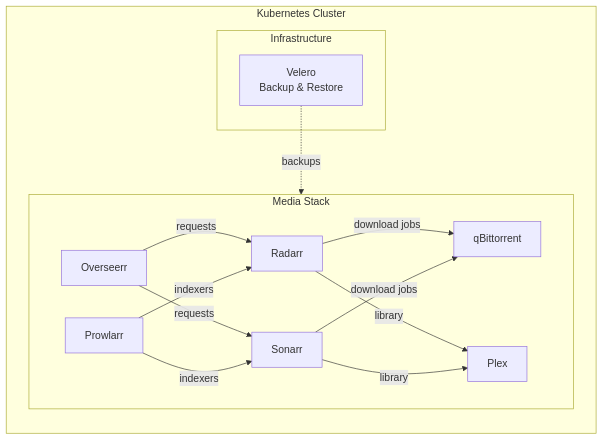
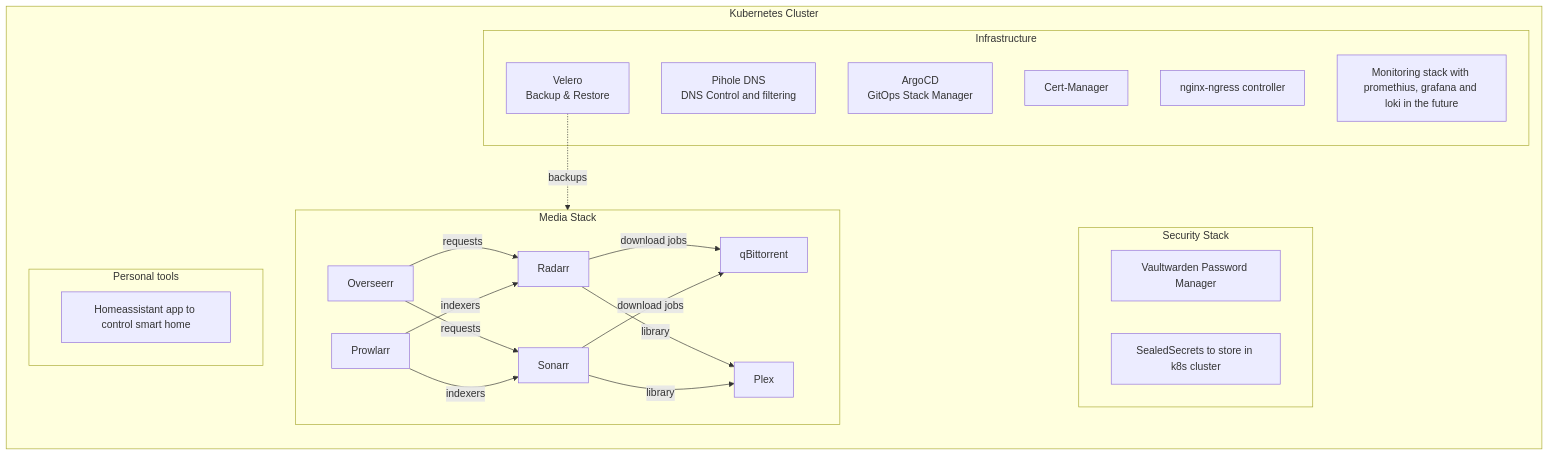
Before and after one commit to Araneus84/homelab-k3s-stack: the diagram in README.md, drawn with Mermaid.

Commit message:
added chart items

````diff
--- a/README.md
+++ b/README.md
@@ -16,25 +16,37 @@
 ```mermaid
 flowchart LR
     subgraph cluster["Kubernetes Cluster"]
         subgraph infra["Infrastructure"]
             velero["Velero\nBackup & Restore"]
+            pihole-dns["Pihole DNS\nDNS Control and filtering"]
+            argocd["ArgoCD\nGitOps Stack Manager"]
+            cert-manager["Cert-Manager"]
+            nginx-ingress["nginx-ngress controller"]
+            monitoring["Monitoring stack with promethius, grafana and loki in the future"]
         end
         subgraph media["Media Stack"]
             overseerr["Overseerr"]
             prowlarr["Prowlarr"]
             radarr["Radarr"]
             sonarr["Sonarr"]
             qbit["qBittorrent"]
             plex["Plex"]
+        end
+        subgraph securit["Security Stack"]
+            vaultwarden["Vaultwarden Password Manager"]
+            sealedsecrets["SealedSecrets to store in k8s cluster"]
+        end
+        subgraph tools["Personal tools"]
+            homeassistant["Homeassistant app to control smart home"]
         end
     end
     overseerr -->|requests| radarr
     overseerr -->|requests| sonarr
     prowlarr -->|indexers| radarr
     prowlarr -->|indexers| sonarr
     radarr -->|download jobs| qbit
     sonarr -->|download jobs| qbit
     radarr -->|library| plex
     sonarr -->|library| plex
     velero -.->|backups| media
 ```
````
